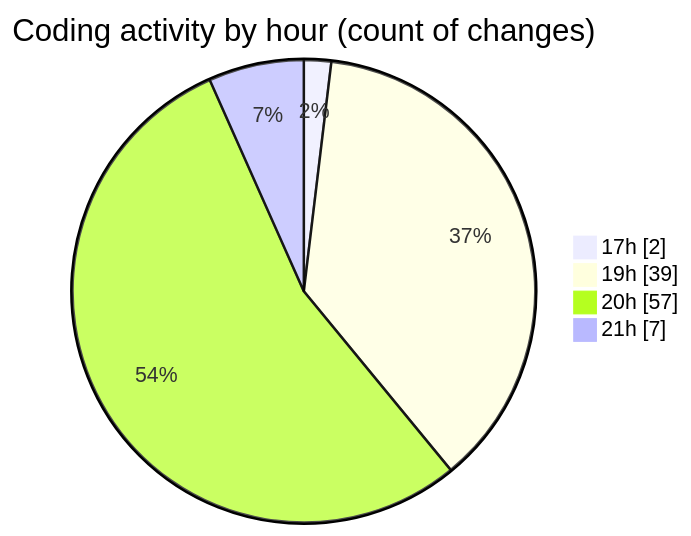
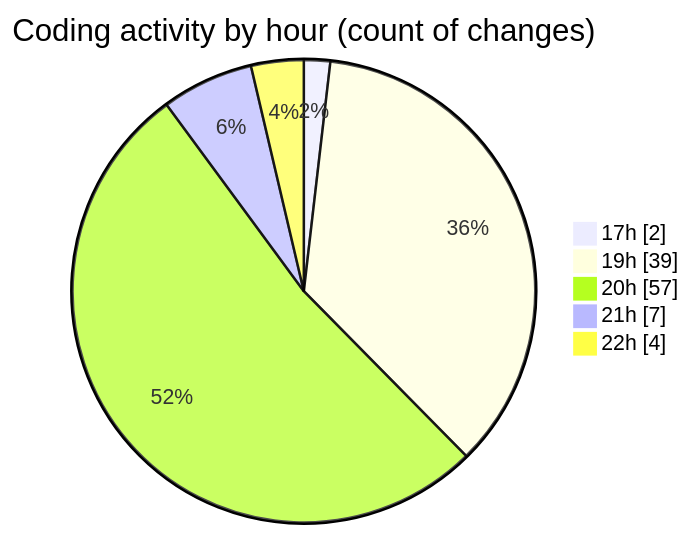
The second of 2 diagrams in 2025-10-21/skintrack/README.md (Netris89/code-tracking), drawn with Mermaid before and after one commit. The commit also changed other lines of this file and 1 other file, not shown here.

````diff
--- a/2025-10-21/skintrack/README.md
+++ b/2025-10-21/skintrack/README.md
@@ -41,8 +41,9 @@
 ```mermaid
 pie showData
 title Coding activity by hour (count of changes)
 "17h" : 2
 "19h" : 39
 "20h" : 57
 "21h" : 7
+"22h" : 4
 ```
````
